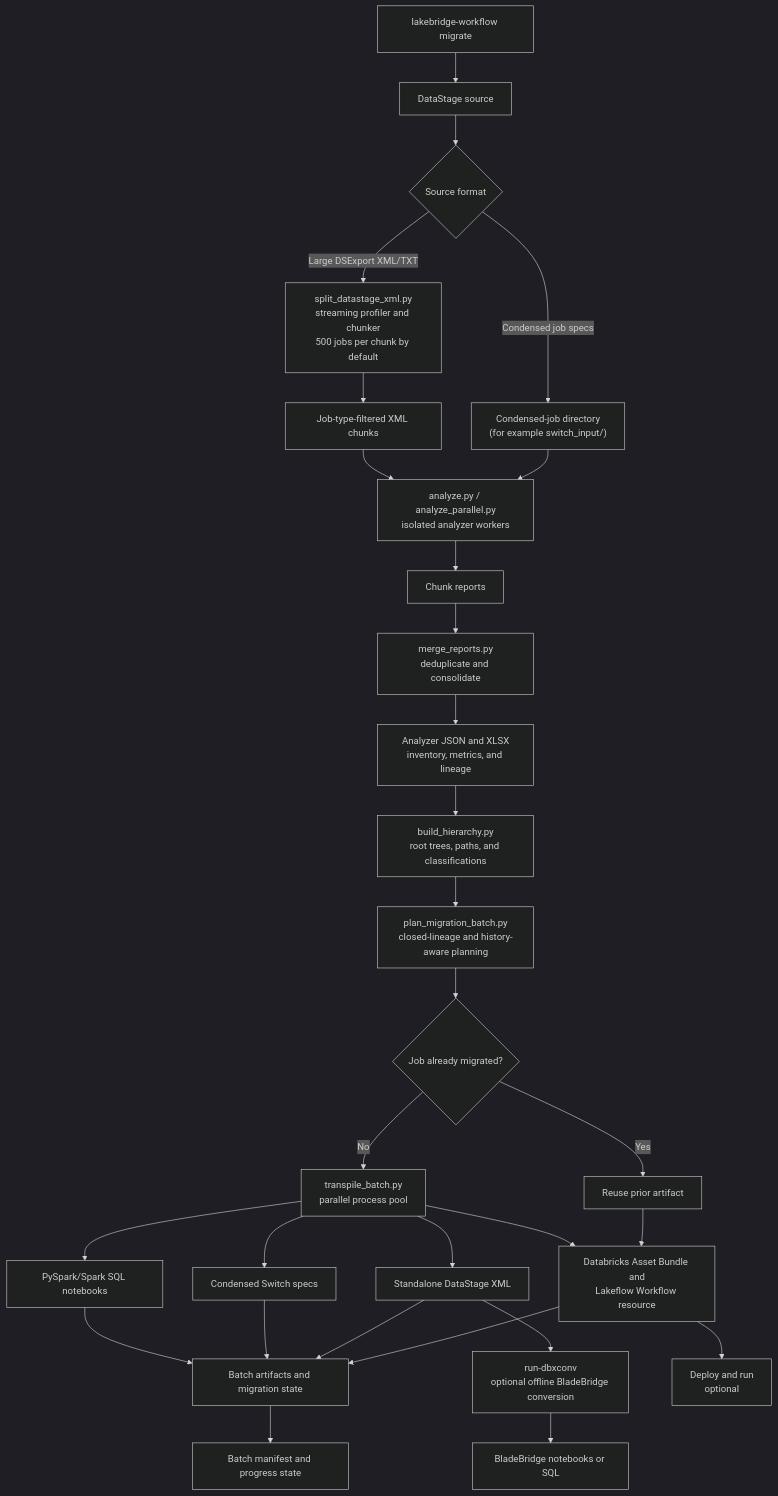
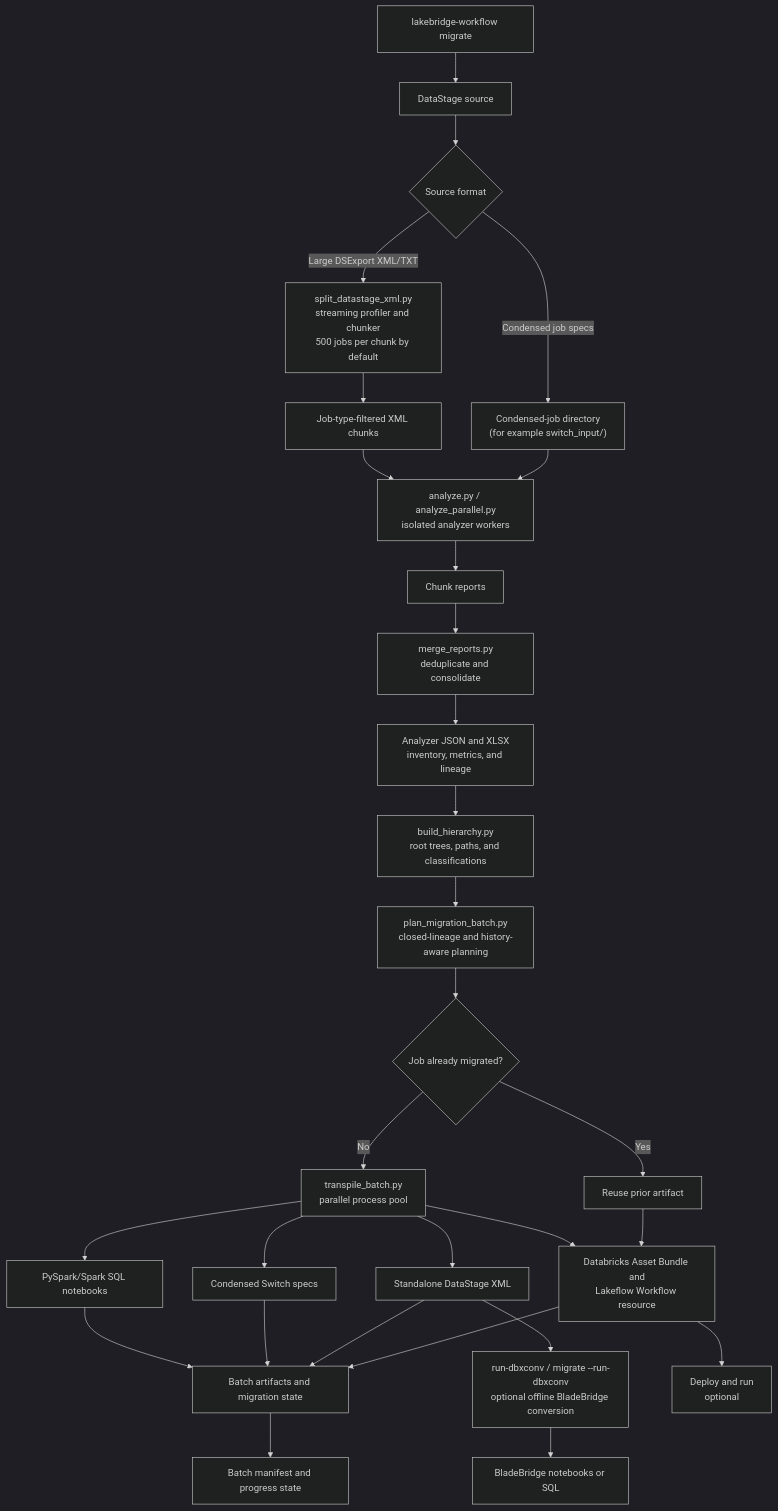
The diagram in migration/lakebridge_workflow/README.md (rwforest/Retail-Store-Data-Modeling-and-Analysis-using-DataStage), drawn with Mermaid (dark theme) before and after one commit. The commit also changed other lines of this file and 3 other files, not shown here.

Commit message:
Add optional BladeBridge phase to migrate

````diff
--- a/migration/lakebridge_workflow/README.md
+++ b/migration/lakebridge_workflow/README.md
@@ -19,40 +19,40 @@
 ```mermaid
 flowchart TD
     CMD["lakebridge-workflow migrate"] --> A["DataStage source"]
     A --> B{"Source format"}
     B -->|"Large DSExport XML/TXT"| C["split_datastage_xml.py<br/>streaming profiler and chunker<br/>500 jobs per chunk by default"]
     B -->|"Condensed job specs"| D["Condensed-job directory<br/>(for example switch_input/)"]
 
     C --> E["Job-type-filtered XML chunks"]
     E --> F["analyze.py / analyze_parallel.py<br/>isolated analyzer workers"]
     D --> F
 
     F --> G["Chunk reports"]
     G --> H["merge_reports.py<br/>deduplicate and consolidate"]
 
     H --> I["Analyzer JSON and XLSX<br/>inventory, metrics, and lineage"]
     I --> J["build_hierarchy.py<br/>root trees, paths, and classifications"]
 
     J --> K["plan_migration_batch.py<br/>closed-lineage and history-aware planning"]
     K --> L{"Job already migrated?"}
 
     L -->|"No"| M["transpile_batch.py<br/>parallel process pool"]
     L -->|"Yes"| N["Reuse prior artifact"]
 
     M --> O["PySpark/Spark SQL notebooks"]
     M --> P["Condensed Switch specs"]
     M --> Q["Standalone DataStage XML"]
     M --> R["Databricks Asset Bundle and<br/>Lakeflow Workflow resource"]
 
     N --> R
     O --> S["Batch artifacts and migration state"]
     P --> S
     Q --> S
     R --> S
 
-    Q --> T["run-dbxconv<br/>optional offline BladeBridge conversion"]
+    Q --> T["run-dbxconv / migrate --run-dbxconv<br/>optional offline BladeBridge conversion"]
     T --> U["BladeBridge notebooks or SQL"]
 
     R --> V["Deploy and run<br/>optional"]
     S --> W["Batch manifest and progress state"]
 ```
````
